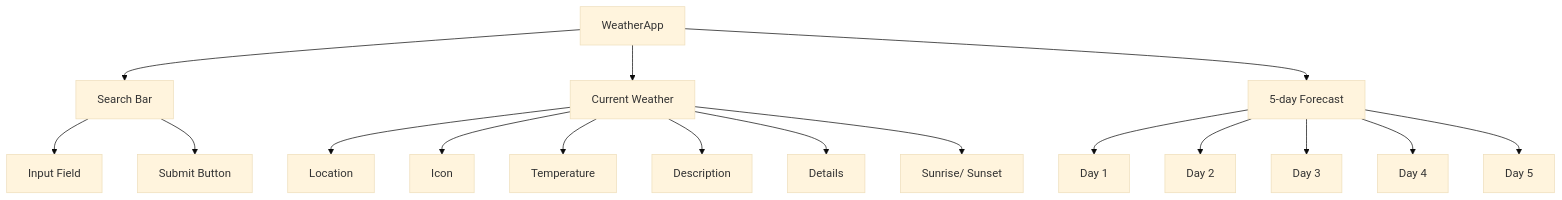
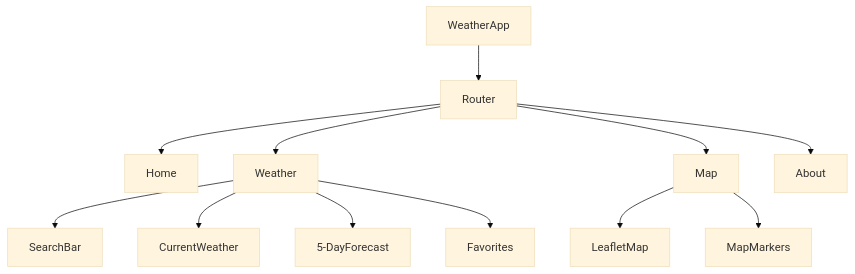
Before and after one commit to emsmccoy/weatherApp: the diagram in README.md, drawn with Mermaid (base theme). The commit also changed other lines of this file and 2 other files, not shown here.

````diff
--- a/README.md
+++ b/README.md
@@ -261,23 +228,15 @@
 ```mermaid
 graph TD
-  A[WeatherApp] --> B[Search Bar]
-  A --> C[Current Weather]
-  A --> D[5-day Forecast]
-  
-  C --> E[Location]
-  C --> P[Icon]
-  C --> F[Temperature]
-  C --> R[Description]
-  C --> G[Details]
-  C --> Q[Sunrise/ Sunset]
+A[WeatherApp] --> B[Router]
+B --> C[Home]
+B --> D[Weather]
+B --> E[Map]
+B --> F[About]
+D --> G[SearchBar]
+D --> H[CurrentWeather]
+D --> I[5-DayForecast]
+D --> J[Favorites]
+E --> K[LeafletMap]
+E --> L[MapMarkers]
 
-  
-  D --> I[Day 1]
-  D --> J[Day 2]
-  D --> K[Day 3]
-  D --> L[Day 4]
-  D --> M[Day 5]
-  
-  B --> N[Input Field]
-  B --> O[Submit Button]
 ```
````
